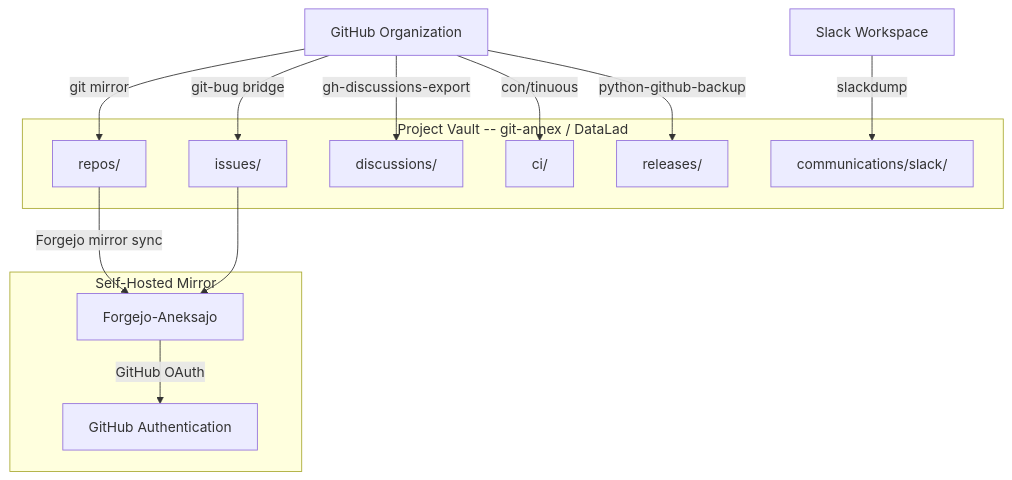
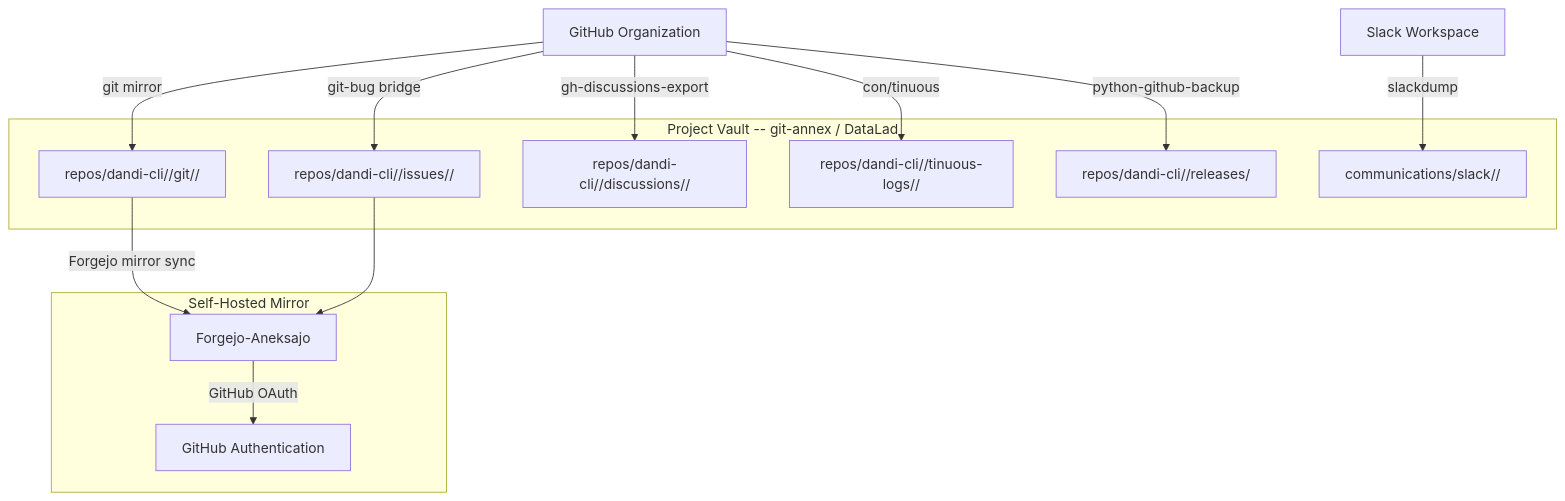
Before and after one commit to con/serve: the diagram in content/user-stories/software-project.md, drawn with Mermaid. The commit also changed other lines of this file and 83 other files, not shown here.

```diff
--- a/content/user-stories/software-project.md
+++ b/content/user-stories/software-project.md
@@ -200,28 +200,28 @@
 {{< mermaid >}}
 flowchart TD
-    gh_org[GitHub Organization] -->|git mirror| repos[repos/]
-    gh_org -->|git-bug bridge| issues[issues/]
-    gh_org -->|gh-discussions-export| discussions[discussions/]
-    gh_org -->|con/tinuous| ci[ci/]
-    gh_org -->|python-github-backup| releases[releases/]
+    gh_org[GitHub Organization] -->|git mirror| repos["repos/dandi-cli//git//"]
+    gh_org -->|git-bug bridge| issues["repos/dandi-cli//issues//"]
+    gh_org -->|gh-discussions-export| discussions["repos/dandi-cli//discussions//"]
+    gh_org -->|con/tinuous| ci["repos/dandi-cli//tinuous-logs//"]
+    gh_org -->|python-github-backup| releases["repos/dandi-cli//releases/"]
 
-    slack[Slack Workspace] -->|slackdump| comms[communications/slack/]
+    slack[Slack Workspace] -->|slackdump| comms["communications/slack//"]
 
     repos -->|Forgejo mirror sync| forgejo[Forgejo-Aneksajo]
     issues --> forgejo
     forgejo -->|GitHub OAuth| auth[GitHub Authentication]
 
     subgraph vault[Project Vault -- git-annex / DataLad]
         repos
         issues
         discussions
         ci
         comms
         releases
     end
 
     subgraph mirror[Self-Hosted Mirror]
         forgejo
         auth
     end
 {{< /mermaid >}}
```
